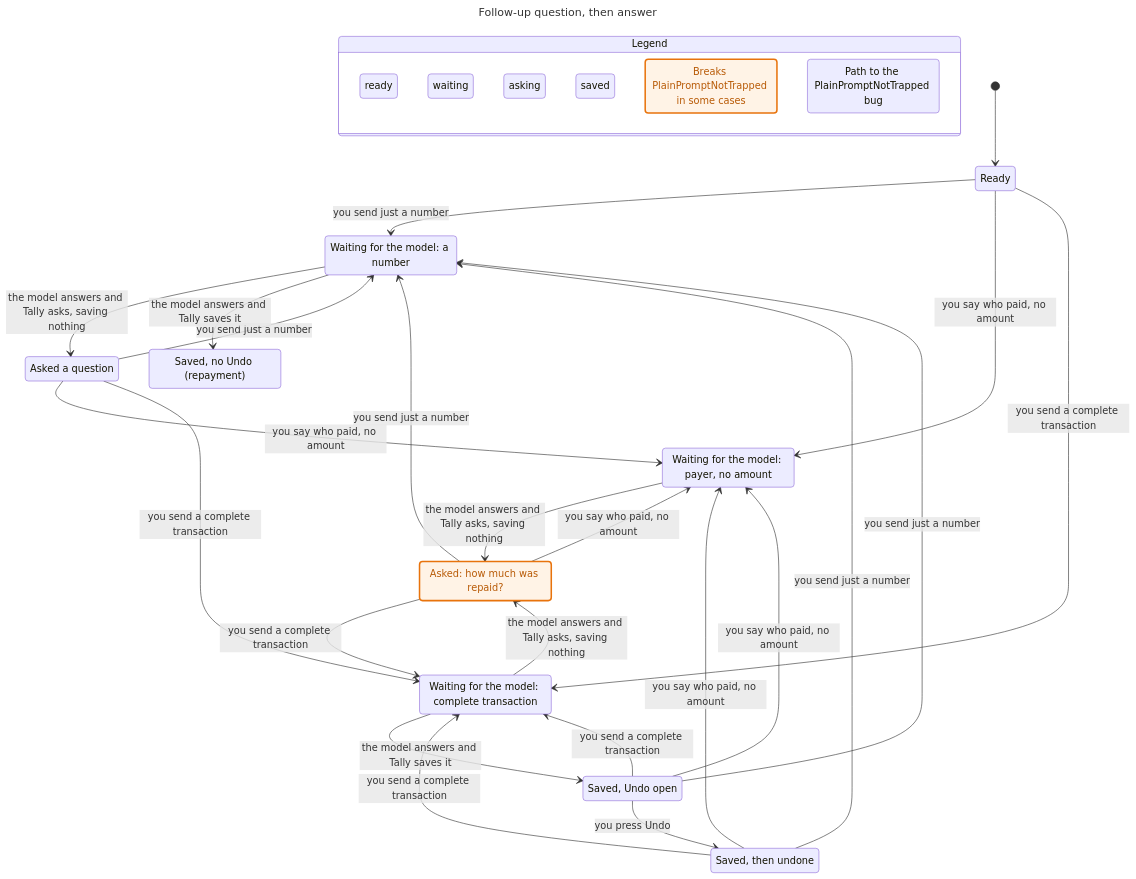
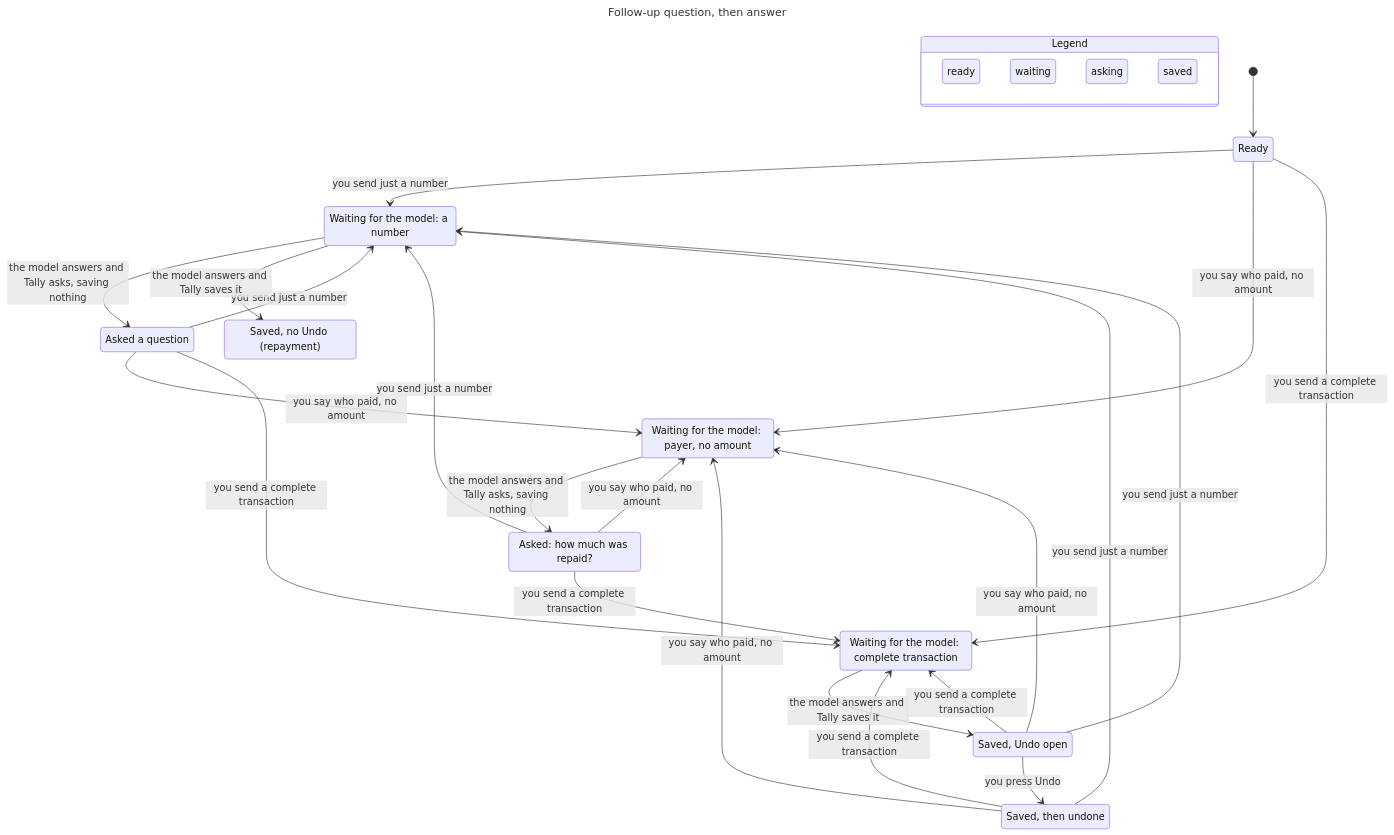
One commit to wehyn/tally changed the second of 3 diagrams in docs/state-machines/assistant.md. Above: the diagram before and after it, drawn with Mermaid. The commit also changed other lines of this file and 8 other files, not shown here.

````diff
--- a/docs/state-machines/assistant.md
+++ b/docs/state-machines/assistant.md
@@ -102,66 +103,55 @@
 ```mermaid
 ---
 title: "Follow-up question, then answer"
 ---
 stateDiagram-v2
   state "Legend" as legend {
     lg0: ready
     lg1: waiting
     lg2: asking
     lg3: saved
-    lg4: Breaks PlainPromptNotTrapped in some cases
-    lg5: Path to the PlainPromptNotTrapped bug
   }
   class lg0 teal
   class lg1 blue
   class lg2 yellow
   class lg3 purple
-  class lg4 mayBreak
-  class lg5 bugPath
   s0: Ready
   s1: Waiting for the model: a number
   s2: Waiting for the model: payer, no amount
   s3: Waiting for the model: complete transaction
   s4: Asked a question
   s5: Asked: how much was repaid?
   s6: Saved, Undo open
   s7: Saved, then undone
   s8: Saved, no Undo (repayment)
   [*] --> s0
   s0 --> s1: you send just a number
   s0 --> s2: you say who paid, no amount
   s0 --> s3: you send a complete transaction
   s1 --> s4: the model answers and Tally asks, saving nothing
   s2 --> s5: the model answers and Tally asks, saving nothing
   s3 --> s6: the model answers and Tally saves it
   s4 --> s1: you send just a number
   s4 --> s2: you say who paid, no amount
   s4 --> s3: you send a complete transaction
   s5 --> s1: you send just a number
   s5 --> s2: you say who paid, no amount
   s5 --> s3: you send a complete transaction
   s6 --> s7: you press Undo
   s6 --> s1: you send just a number
   s6 --> s2: you say who paid, no amount
   s6 --> s3: you send a complete transaction
   s7 --> s1: you send just a number
   s7 --> s2: you say who paid, no amount
   s7 --> s3: you send a complete transaction
   s1 --> s8: the model answers and Tally saves it
-  s3 --> s5: the model answers and Tally asks, saving nothing
-  classDef mayBreak fill:#fff3e6,stroke:#e8730c,stroke-width:2.5px,color:#b85a06
   class s0 teal
-  class s0 bugPath
   class s1 blue
   class s2 blue
-  class s2 bugPath
   class s3 blue
-  class s3 bugPath
   class s4 yellow
   class s5 yellow
-  class s5 mayBreak
-  class s5 bugPath
   class s6 purple
   class s7 purple
   class s8 purple
 ```
````
